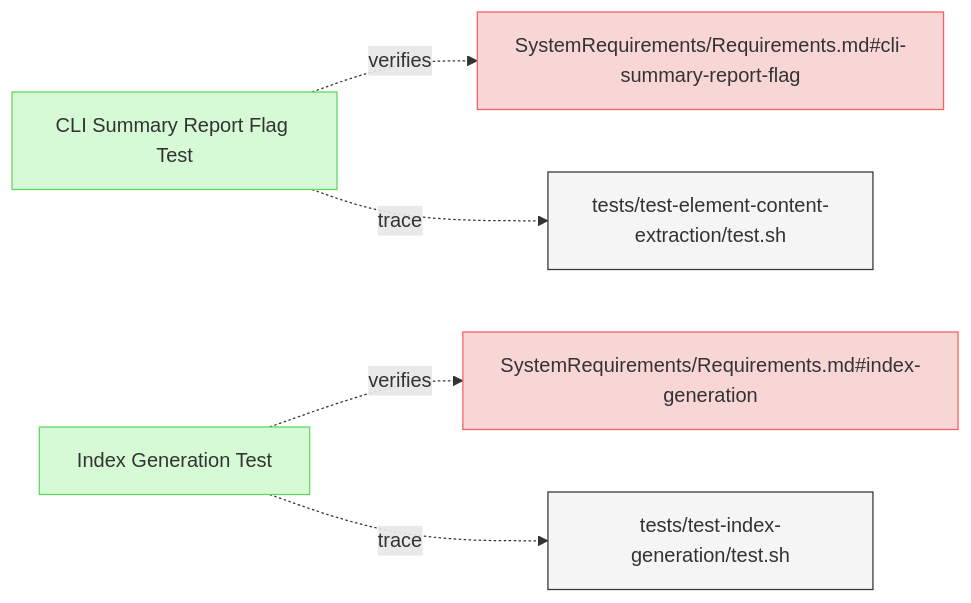
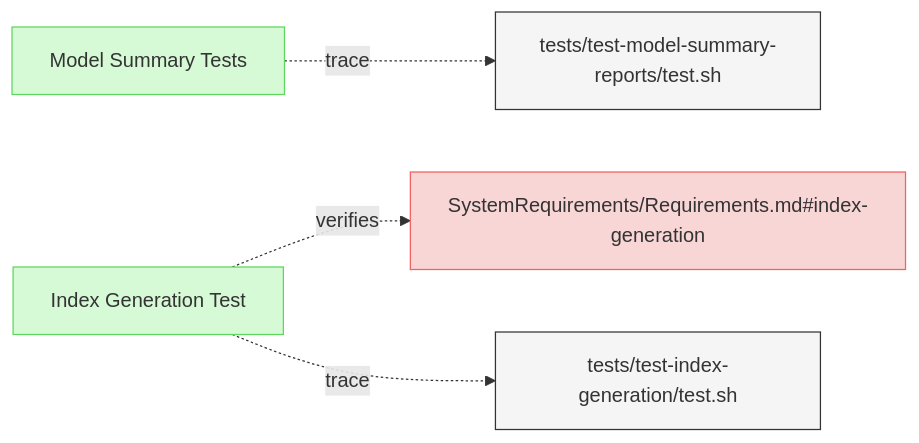
One commit to reqvire-org/reqvire changed the diagram in specifications/Verifications/ReportsTests.md. Above: the diagram before and after it, drawn with Mermaid. The commit also changed other lines of this file and 15 other files, not shown here.

Commit message:
Linted and new diagrams generated.

````diff
--- a/specifications/Verifications/ReportsTests.md
+++ b/specifications/Verifications/ReportsTests.md
@@ -6,31 +6,27 @@
 ```mermaid
 graph LR;
   %% Graph styling
   classDef requirement fill:#f9d6d6,stroke:#f55f5f,stroke-width:1px;
   classDef verification fill:#d6f9d6,stroke:#5fd75f,stroke-width:1px;
   classDef externalLink fill:#d0e0ff,stroke:#3080ff,stroke-width:1px;
   classDef default fill:#f5f5f5,stroke:#333333,stroke-width:1px;
 
-  49c8ea96f99c8007["CLI Summary Report Flag Test"];
-  click 49c8ea96f99c8007 "https://github.com/Reqvire/reqvire/blob/f18e52f9f88c64f67a79abc4e93eb74b3ec22615/specifications/Verifications/ReportsTests.md#cli-summary-report-flag-test";
-  class 49c8ea96f99c8007 verification;
-  a8725672889ea322["SystemRequirements/Requirements.md#cli-summary-report-flag"];
-  class a8725672889ea322 requirement;
-  click a8725672889ea322 "https://github.com/Reqvire/reqvire/blob/f18e52f9f88c64f67a79abc4e93eb74b3ec22615/specifications/SystemRequirements/Requirements.md#cli-summary-report-flag";
-  49c8ea96f99c8007 -.->|verifies| a8725672889ea322;
-  dfa34153b7e5ad4a["tests/test-element-content-extraction/test.sh"];
-  class dfa34153b7e5ad4a default;
-  click dfa34153b7e5ad4a "https://github.com/Reqvire/reqvire/blob/f18e52f9f88c64f67a79abc4e93eb74b3ec22615/tests/test-element-content-extraction/test.sh";
-  49c8ea96f99c8007 -.->|trace| dfa34153b7e5ad4a;
+  ecd5cbbaddffb824["Model Summary Tests"];
+  click ecd5cbbaddffb824 "https://github.com/Reqvire/reqvire/blob/b8c43d2689b933838bf1838d8a4cdf3393c9014f/specifications/Verifications/ReportsTests.md#model-summary-tests";
+  class ecd5cbbaddffb824 verification;
+  ed42c8b28f021de0["tests/test-model-summary-reports/test.sh"];
+  class ed42c8b28f021de0 default;
+  click ed42c8b28f021de0 "https://github.com/Reqvire/reqvire/blob/b8c43d2689b933838bf1838d8a4cdf3393c9014f/tests/test-model-summary-reports/test.sh";
+  ecd5cbbaddffb824 -.->|trace| ed42c8b28f021de0;
   62274e8cf8493254["Index Generation Test"];
-  click 62274e8cf8493254 "https://github.com/Reqvire/reqvire/blob/f18e52f9f88c64f67a79abc4e93eb74b3ec22615/specifications/Verifications/ReportsTests.md#index-generation-test";
+  click 62274e8cf8493254 "https://github.com/Reqvire/reqvire/blob/b8c43d2689b933838bf1838d8a4cdf3393c9014f/specifications/Verifications/ReportsTests.md#index-generation-test";
   class 62274e8cf8493254 verification;
   3b4bfa0725509a0e["SystemRequirements/Requirements.md#index-generation"];
   class 3b4bfa0725509a0e requirement;
-  click 3b4bfa0725509a0e "https://github.com/Reqvire/reqvire/blob/f18e52f9f88c64f67a79abc4e93eb74b3ec22615/specifications/SystemRequirements/Requirements.md#index-generation";
+  click 3b4bfa0725509a0e "https://github.com/Reqvire/reqvire/blob/b8c43d2689b933838bf1838d8a4cdf3393c9014f/specifications/SystemRequirements/Requirements.md#index-generation";
   62274e8cf8493254 -.->|verifies| 3b4bfa0725509a0e;
   9c89c7cfe5f93c50["tests/test-index-generation/test.sh"];
   class 9c89c7cfe5f93c50 default;
-  click 9c89c7cfe5f93c50 "https://github.com/Reqvire/reqvire/blob/f18e52f9f88c64f67a79abc4e93eb74b3ec22615/tests/test-index-generation/test.sh";
+  click 9c89c7cfe5f93c50 "https://github.com/Reqvire/reqvire/blob/b8c43d2689b933838bf1838d8a4cdf3393c9014f/tests/test-index-generation/test.sh";
   62274e8cf8493254 -.->|trace| 9c89c7cfe5f93c50;
 ```
````
